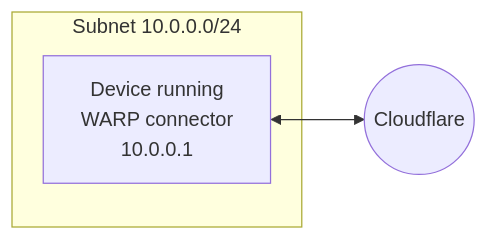
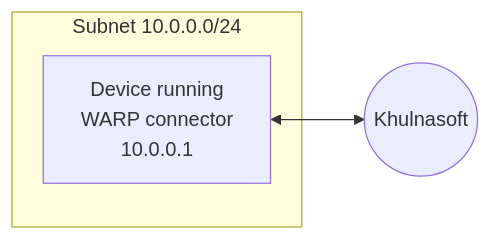
The first of 3 diagrams in content/cloudflare-one/connections/connect-networks/private-net/warp-connector.md (NxPKG/khulnasoft-docs), drawn with Mermaid before and after one commit. The commit also changed other lines of this file and 2914 other files, not shown here.

````diff
--- a/content/cloudflare-one/connections/connect-networks/private-net/warp-connector.md
+++ b/content/cloudflare-one/connections/connect-networks/private-net/warp-connector.md
@@ -170,9 +170,9 @@
     ```mermaid
         flowchart LR
           subgraph subnet1[Subnet 10.0.0.0/24]
           router1["Device running 
             WARP connector
             10.0.0.1"]
           end
-          router1<-->C((Cloudflare))
+          router1<-->C((Khulnasoft))
     ```
````
